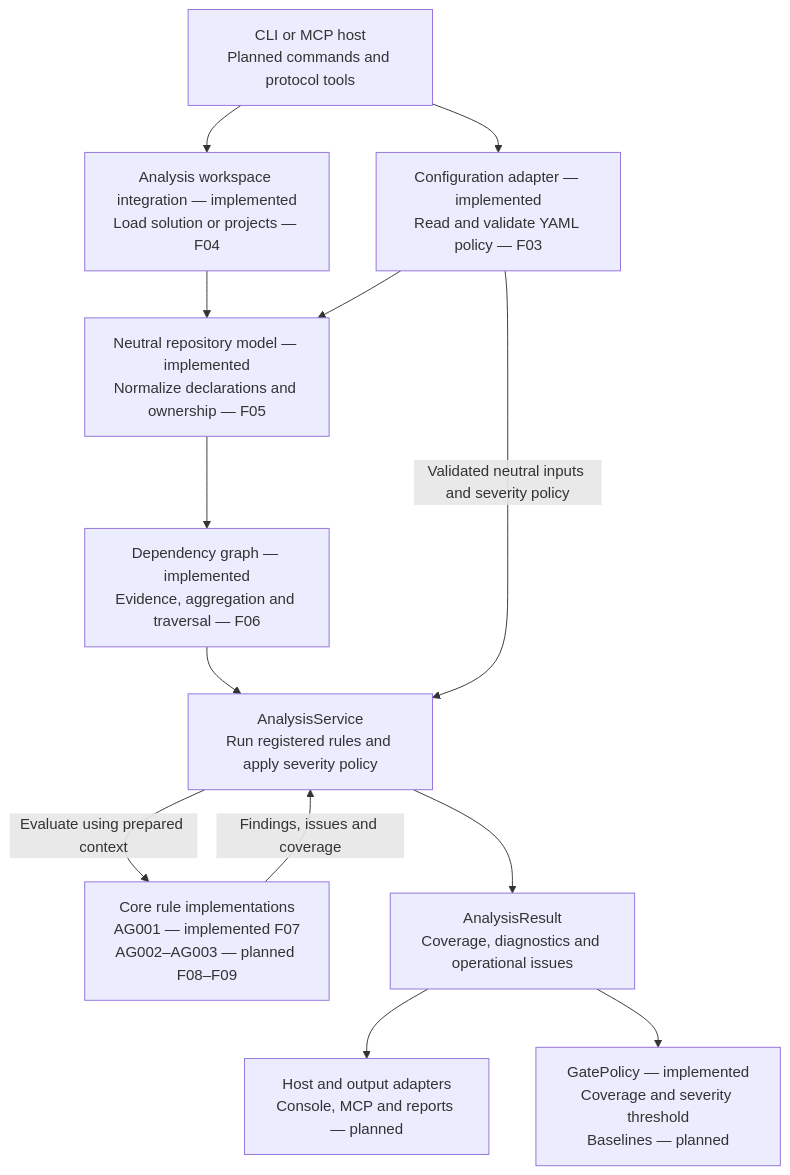
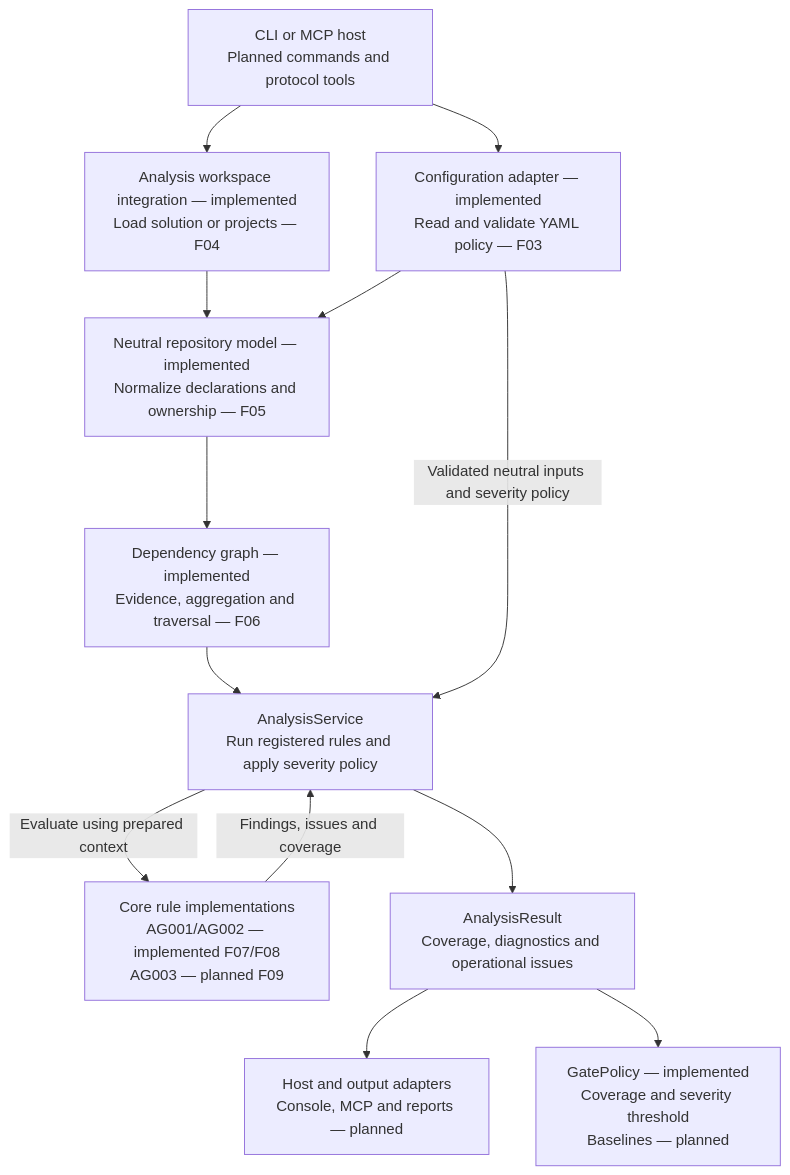
The second of 3 diagrams in docs/architecture/overview.md (kbourzayq/arch-guard), drawn with Mermaid before and after one commit. The commit also changed other lines of this file and 11 other files, not shown here.

````diff
--- a/docs/architecture/overview.md
+++ b/docs/architecture/overview.md
@@ -133,26 +134,26 @@
 ```mermaid
 flowchart TD
     Host["CLI or MCP host<br/>Planned commands and protocol tools"]
     Configuration["Configuration adapter — implemented<br/>Read and validate YAML policy — F03"]
     Workspace["Analysis workspace integration — implemented<br/>Load solution or projects — F04"]
     Context["Neutral repository model — implemented<br/>Normalize declarations and ownership — F05"]
     Graph["Dependency graph — implemented<br/>Evidence, aggregation and traversal — F06"]
     Service["AnalysisService<br/>Run registered rules and apply severity policy"]
-    Rules["Core rule implementations<br/>AG001 — implemented F07<br/>AG002–AG003 — planned F08–F09"]
+    Rules["Core rule implementations<br/>AG001/AG002 — implemented F07/F08<br/>AG003 — planned F09"]
     Result["AnalysisResult<br/>Coverage, diagnostics and operational issues"]
     Output["Host and output adapters<br/>Console, MCP and reports — planned"]
     Gate["GatePolicy — implemented<br/>Coverage and severity threshold<br/>Baselines — planned"]
 
     Host --> Configuration
     Host --> Workspace
     Workspace --> Context
     Configuration --> Context
     Context --> Graph
     Graph --> Service
     Configuration -->|"Validated neutral inputs and severity policy"| Service
     Service -->|"Evaluate using prepared context"| Rules
     Rules -->|"Findings, issues and coverage"| Service
     Service --> Result
     Result --> Output
     Result --> Gate
 ```
````
